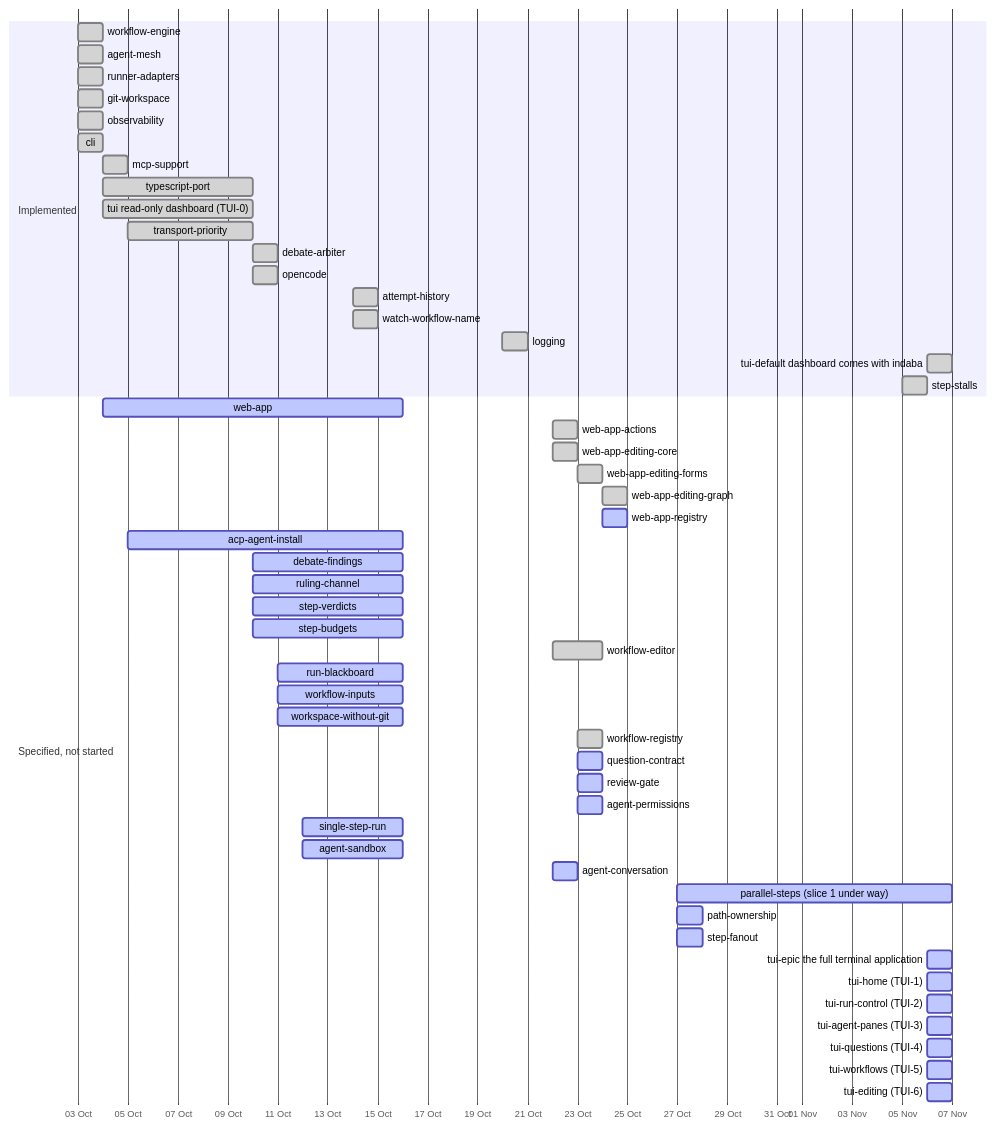
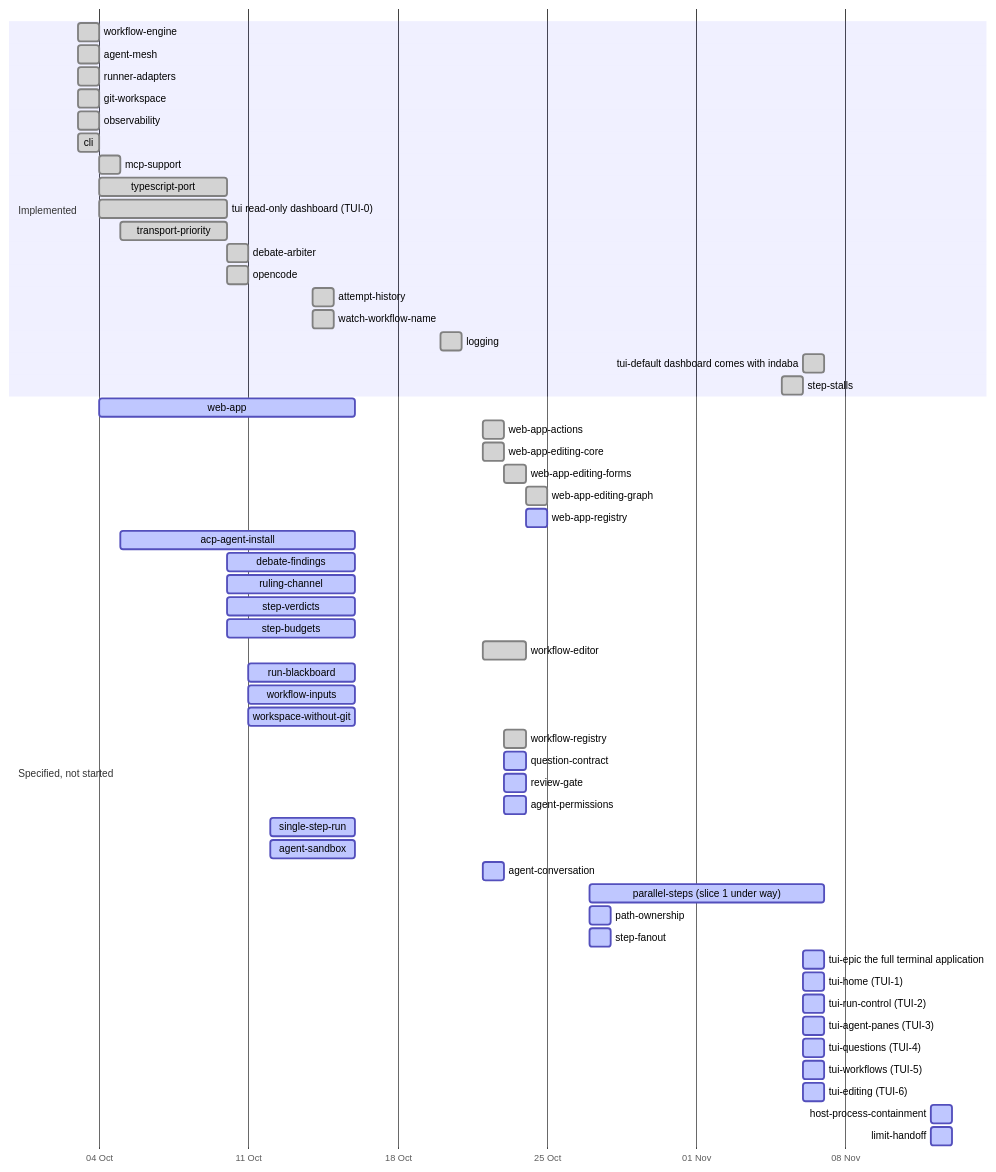
Before and after one commit to yaotzin1/indaba: the second of 3 diagrams in specs/DEPENDENCY_MAP.md, drawn with Mermaid. The commit also changed other lines of this file and 11 other files, not shown here.

First line of the commit message:
docs(specs): specify host process containment and limit handoff (#133)

````diff
--- a/specs/DEPENDENCY_MAP.md
+++ b/specs/DEPENDENCY_MAP.md
@@ -71,56 +71,58 @@
 ```mermaid
 gantt
     dateFormat YYYY-MM-DD
     axisFormat %d %b
     section Implemented
     workflow-engine        :done, 2026-10-03, 2026-10-04
     agent-mesh             :done, 2026-10-03, 2026-10-04
     runner-adapters        :done, 2026-10-03, 2026-10-04
     git-workspace          :done, 2026-10-03, 2026-10-04
     observability          :done, 2026-10-03, 2026-10-04
     cli                    :done, 2026-10-03, 2026-10-04
     mcp-support            :done, 2026-10-04, 1d
     typescript-port        :done, 2026-10-04, 2026-10-10
     tui read-only dashboard (TUI-0) :done, 2026-10-04, 2026-10-10
     transport-priority     :done, 2026-10-05, 2026-10-10
     debate-arbiter         :done, 2026-10-10, 1d
     opencode               :done, 2026-10-10, 1d
     attempt-history        :done, 2026-10-14, 1d
     watch-workflow-name    :done, 2026-10-14, 1d
     logging                :done, 2026-10-20, 2026-10-21
     tui-default dashboard comes with indaba :done, 2026-11-06, 1d
     step-stalls            :done, 2026-11-05, 2026-11-06
     section Specified, not started
     web-app                :active, 2026-10-04, 2026-10-16
     web-app-actions        :done, 2026-10-22, 1d
     web-app-editing-core   :done, 2026-10-22, 1d
     web-app-editing-forms  :done, 2026-10-23, 1d
     web-app-editing-graph  :done, 2026-10-24, 1d
     web-app-registry       :active, 2026-10-24, 1d
     acp-agent-install      :active, 2026-10-05, 2026-10-16
     debate-findings        :active, 2026-10-10, 2026-10-16
     ruling-channel         :active, 2026-10-10, 2026-10-16
     step-verdicts          :active, 2026-10-10, 2026-10-16
     step-budgets           :active, 2026-10-10, 2026-10-16
     workflow-editor        :done, 2026-10-22, 2d
     run-blackboard         :active, 2026-10-11, 2026-10-16
     workflow-inputs        :active, 2026-10-11, 2026-10-16
     workspace-without-git  :active, 2026-10-11, 2026-10-16
     workflow-registry      :done, 2026-10-23, 1d
     question-contract      :active, 2026-10-23, 2026-10-24
     review-gate            :active, 2026-10-23, 2026-10-24
     agent-permissions      :active, 2026-10-23, 2026-10-24
     single-step-run        :active, 2026-10-12, 2026-10-16
     agent-sandbox          :active, 2026-10-12, 2026-10-16
     agent-conversation     :active, 2026-10-22, 2026-10-23
     parallel-steps (slice 1 under way) :active, 2026-10-27, 2026-11-07
     path-ownership         :active, 2026-10-27, 1d
     step-fanout            :active, 2026-10-27, 1d
     tui-epic the full terminal application :active, 2026-11-06, 1d
     tui-home (TUI-1)       :active, 2026-11-06, 1d
     tui-run-control (TUI-2) :active, 2026-11-06, 1d
     tui-agent-panes (TUI-3) :active, 2026-11-06, 1d
     tui-questions (TUI-4)  :active, 2026-11-06, 1d
     tui-workflows (TUI-5)  :active, 2026-11-06, 1d
     tui-editing (TUI-6)    :active, 2026-11-06, 1d
+    host-process-containment :active, 2026-11-12, 1d
+    limit-handoff            :active, 2026-11-12, 1d
 ```
````
